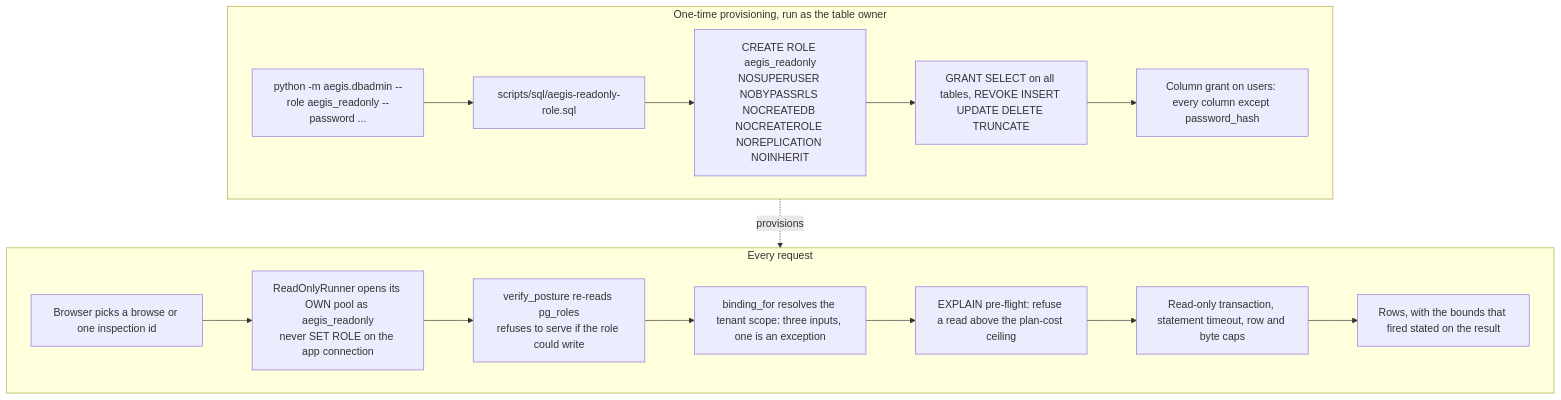
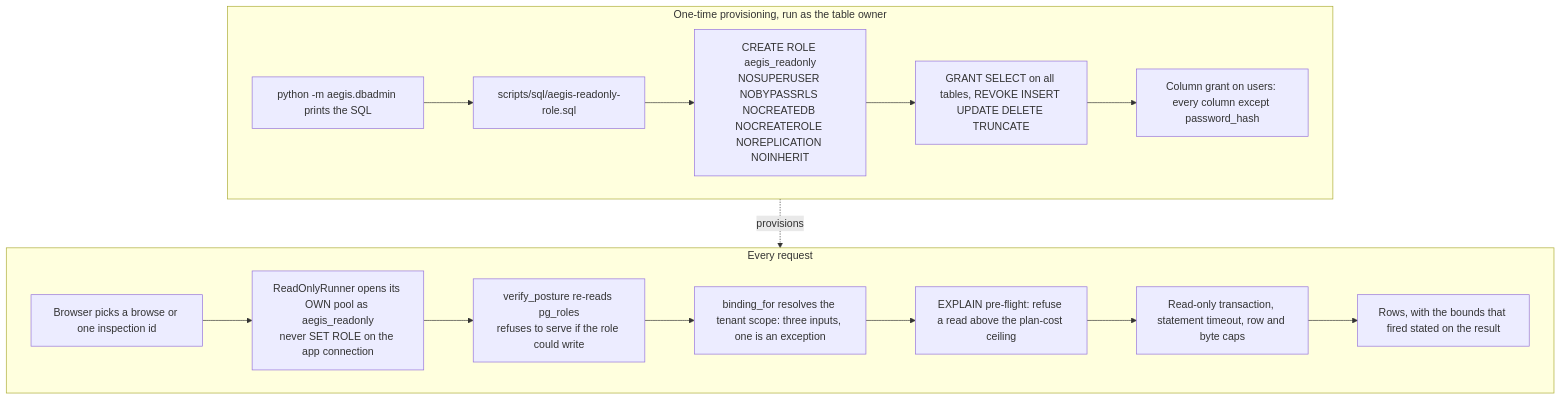
One commit to yrevash/aegis changed the diagram in docs/teaching/dbadmin.md. Above: the diagram before and after it, drawn with Mermaid.

Commit message:
docs(teaching): keep a CLI flag out of a mermaid node label
`--role ... --password ...` inside a flowchart label is a parser hazard: a
double hyphen in a node label reads as an edge. The node now names what the
command does and the SQL file it prints, which is the fact the diagram is
there to carry.

Verified with the repo's own mermaid build: 32 diagrams, all parse.

````diff
--- a/docs/teaching/dbadmin.md
+++ b/docs/teaching/dbadmin.md
@@ -23,18 +23,18 @@
 ```mermaid
 flowchart TD
     subgraph SETUP["One-time provisioning, run as the table owner"]
-        A["python -m aegis.dbadmin --role aegis_readonly --password ..."] --> B["scripts/sql/aegis-readonly-role.sql"]
+        A["python -m aegis.dbadmin prints the SQL"] --> B["scripts/sql/aegis-readonly-role.sql"]
         B --> C["CREATE ROLE aegis_readonly<br/>NOSUPERUSER NOBYPASSRLS NOCREATEDB NOCREATEROLE NOREPLICATION NOINHERIT"]
         C --> D["GRANT SELECT on all tables, REVOKE INSERT UPDATE DELETE TRUNCATE"]
         D --> E["Column grant on users: every column except password_hash"]
     end
     subgraph RUNTIME["Every request"]
         F["Browser picks a browse or one inspection id"] --> G["ReadOnlyRunner opens its OWN pool as aegis_readonly<br/>never SET ROLE on the app connection"]
         G --> H["verify_posture re-reads pg_roles<br/>refuses to serve if the role could write"]
         H --> I["binding_for resolves the tenant scope: three inputs, one is an exception"]
         I --> J["EXPLAIN pre-flight: refuse a read above the plan-cost ceiling"]
         J --> K["Read-only transaction, statement timeout, row and byte caps"]
         K --> L["Rows, with the bounds that fired stated on the result"]
     end
     SETUP -.provisions.-> RUNTIME
 ```
````
